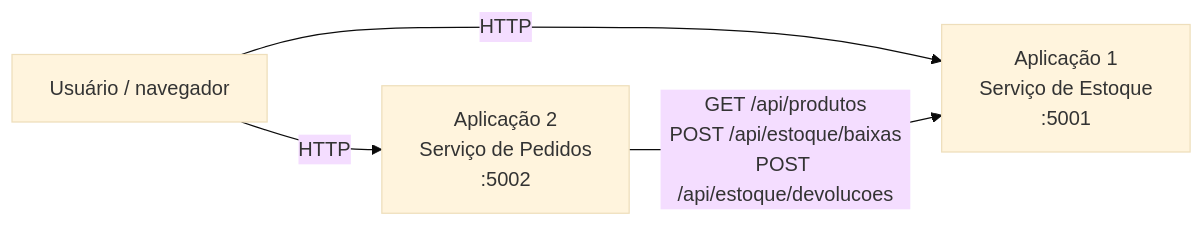
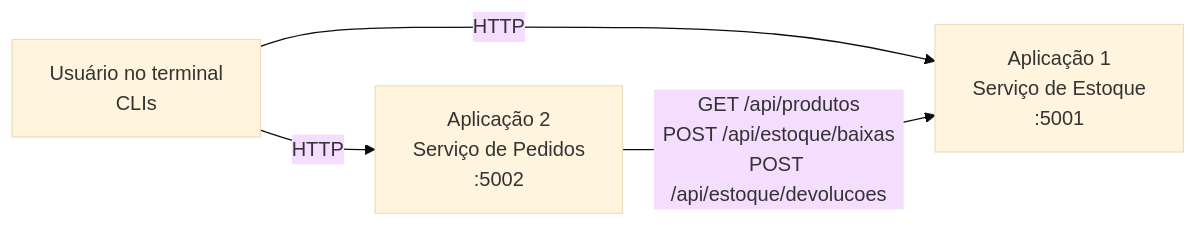
The diagram in docs/01-aplicacoes.md (hfalasco/Projeto_Teste_Requisitos_de_Software), drawn with Mermaid (base theme) before and after one commit. The commit also changed other lines of this file and 66 other files, not shown here.

````diff
--- a/docs/01-aplicacoes.md
+++ b/docs/01-aplicacoes.md
@@ -18,6 +18,6 @@
 ```mermaid
 flowchart LR
-    U[Usuário / navegador] -->|HTTP| P[Aplicação 2<br/>Serviço de Pedidos<br/>:5002]
+    U[Usuário no terminal<br/>CLIs] -->|HTTP| P[Aplicação 2<br/>Serviço de Pedidos<br/>:5002]
     U -->|HTTP| E[Aplicação 1<br/>Serviço de Estoque<br/>:5001]
     P -->|GET /api/produtos<br/>POST /api/estoque/baixas<br/>POST /api/estoque/devolucoes| E
 ```
````
